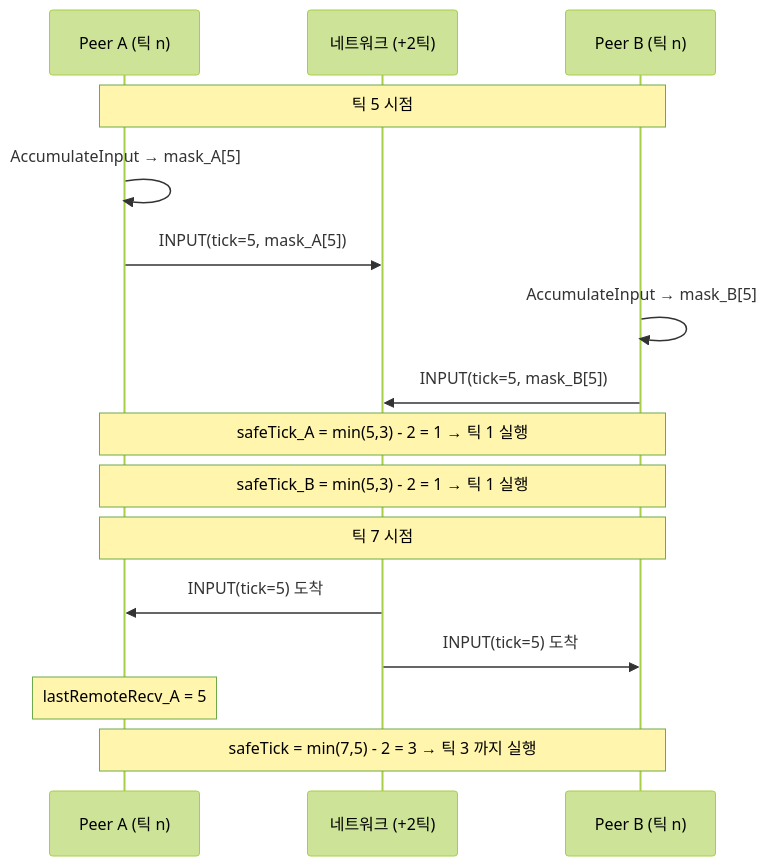
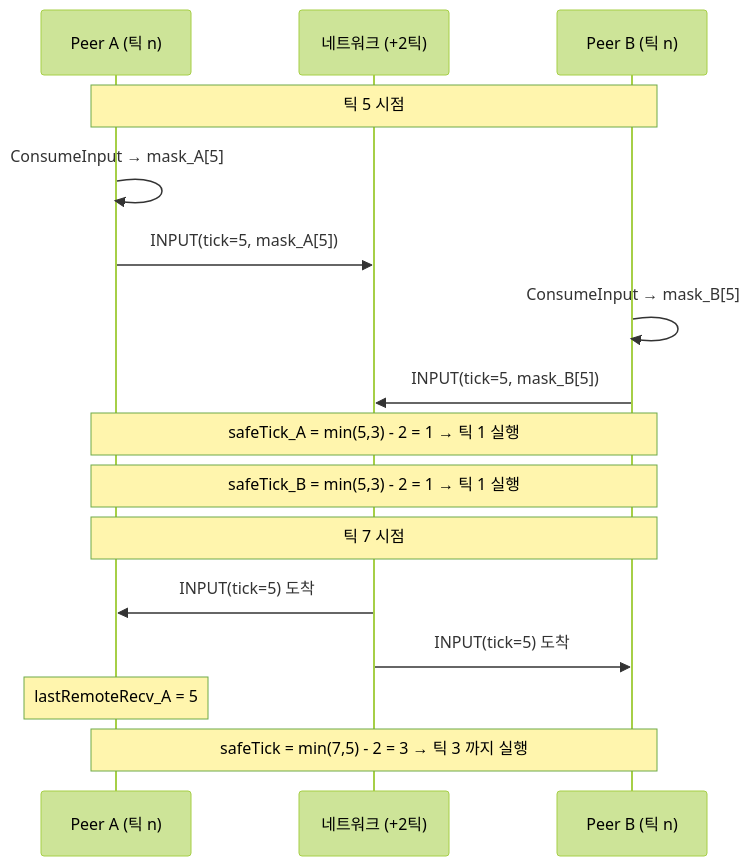
The seventh of 13 diagrams in docs/blog/part6-lockstep-networking.md (Rein-ArXiv/Tetris-Multiplayer-RL), drawn with Mermaid (forest theme) before and after one commit. The commit also changed other lines of this file and 41 other files, not shown here.

````diff
--- a/docs/blog/part6-lockstep-networking.md
+++ b/docs/blog/part6-lockstep-networking.md
@@ -978,20 +1724,20 @@
 ```mermaid
 sequenceDiagram
     participant A as Peer A (틱 n)
     participant N as 네트워크 (+2틱)
     participant B as Peer B (틱 n)
 
     Note over A,B: 틱 5 시점
-    A->>A: AccumulateInput → mask_A[5]
+    A->>A: ConsumeInput → mask_A[5]
     A->>N: INPUT(tick=5, mask_A[5])
-    B->>B: AccumulateInput → mask_B[5]
+    B->>B: ConsumeInput → mask_B[5]
     B->>N: INPUT(tick=5, mask_B[5])
     Note over A,B: safeTick_A = min(5,3) - 2 = 1 → 틱 1 실행
     Note over A,B: safeTick_B = min(5,3) - 2 = 1 → 틱 1 실행
 
     Note over A,B: 틱 7 시점
     N->>A: INPUT(tick=5) 도착
     N->>B: INPUT(tick=5) 도착
     Note over A: lastRemoteRecv_A = 5
     Note over A,B: safeTick = min(7,5) - 2 = 3 → 틱 3 까지 실행
 ```
````
